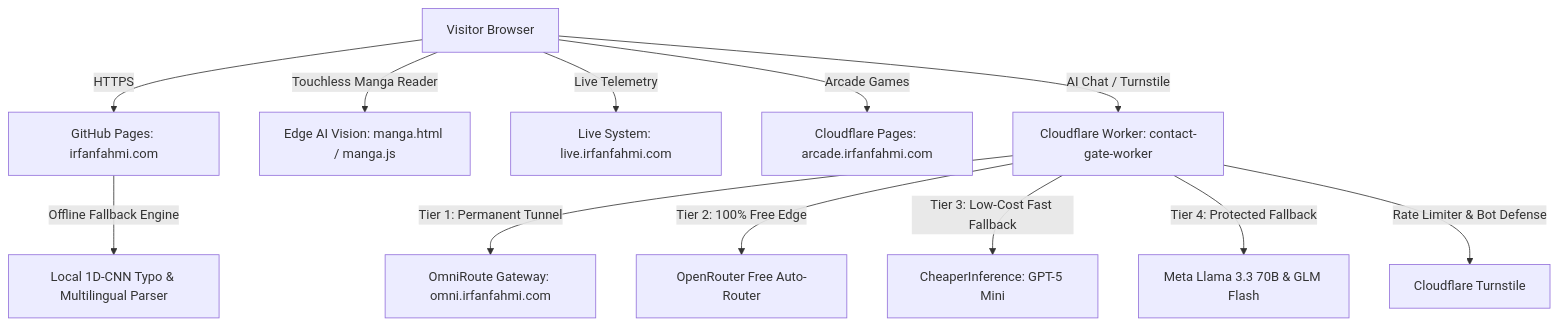
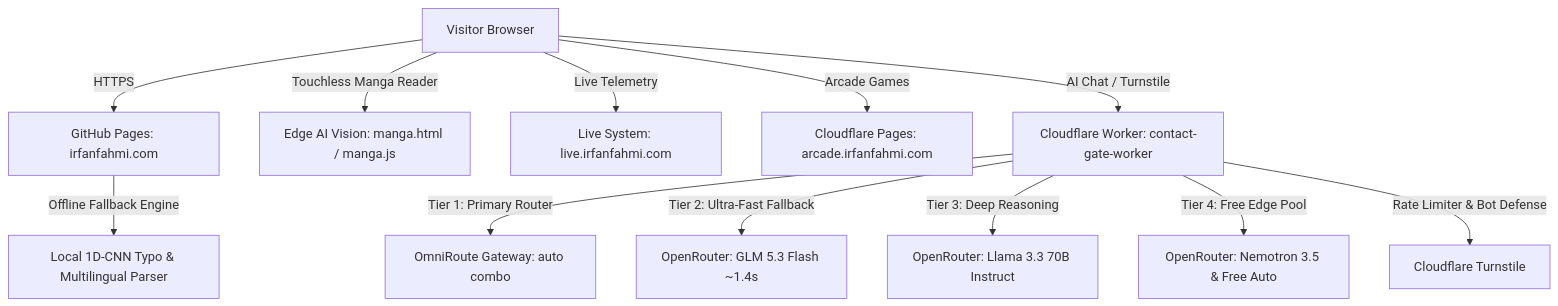
Before and after one commit to l3al3y/Portfolio: the diagram in README.md, drawn with Mermaid. The commit also changed other lines of this file, not shown here.

Commit message:
docs(readme): document dual-bot AGI architecture, causal trading engine, and updated HA cascade

````diff
--- a/README.md
+++ b/README.md
@@ -101,14 +107,14 @@
 ```mermaid
 graph TD
     A[Visitor Browser] -->|HTTPS| B[GitHub Pages: irfanfahmi.com]
     A -->|Touchless Manga Reader| M[Edge AI Vision: manga.html / manga.js]
     A -->|Live Telemetry| C[Live System: live.irfanfahmi.com]
     A -->|Arcade Games| D[Cloudflare Pages: arcade.irfanfahmi.com]
     A -->|AI Chat / Turnstile| E[Cloudflare Worker: contact-gate-worker]
-    E -->|Tier 1: Permanent Tunnel| O[OmniRoute Gateway: omni.irfanfahmi.com]
-    E -->|Tier 2: 100% Free Edge| F[OpenRouter Free Auto-Router]
-    E -->|Tier 3: Low-Cost Fast Fallback| K[CheaperInference: GPT-5 Mini]
-    E -->|Tier 4: Protected Fallback| L[Meta Llama 3.3 70B & GLM Flash]
+    E -->|Tier 1: Primary Router| O[OmniRoute Gateway: auto combo]
+    E -->|Tier 2: Ultra-Fast Fallback| F1[OpenRouter: GLM 5.3 Flash ~1.4s]
+    E -->|Tier 3: Deep Reasoning| F2[OpenRouter: Llama 3.3 70B Instruct]
+    E -->|Tier 4: Free Edge Pool| F3[OpenRouter: Nemotron 3.5 & Free Auto]
     E -->|Rate Limiter & Bot Defense| G[Cloudflare Turnstile]
     B -->|Offline Fallback Engine| H[Local 1D-CNN Typo & Multilingual Parser]
 ```
````
